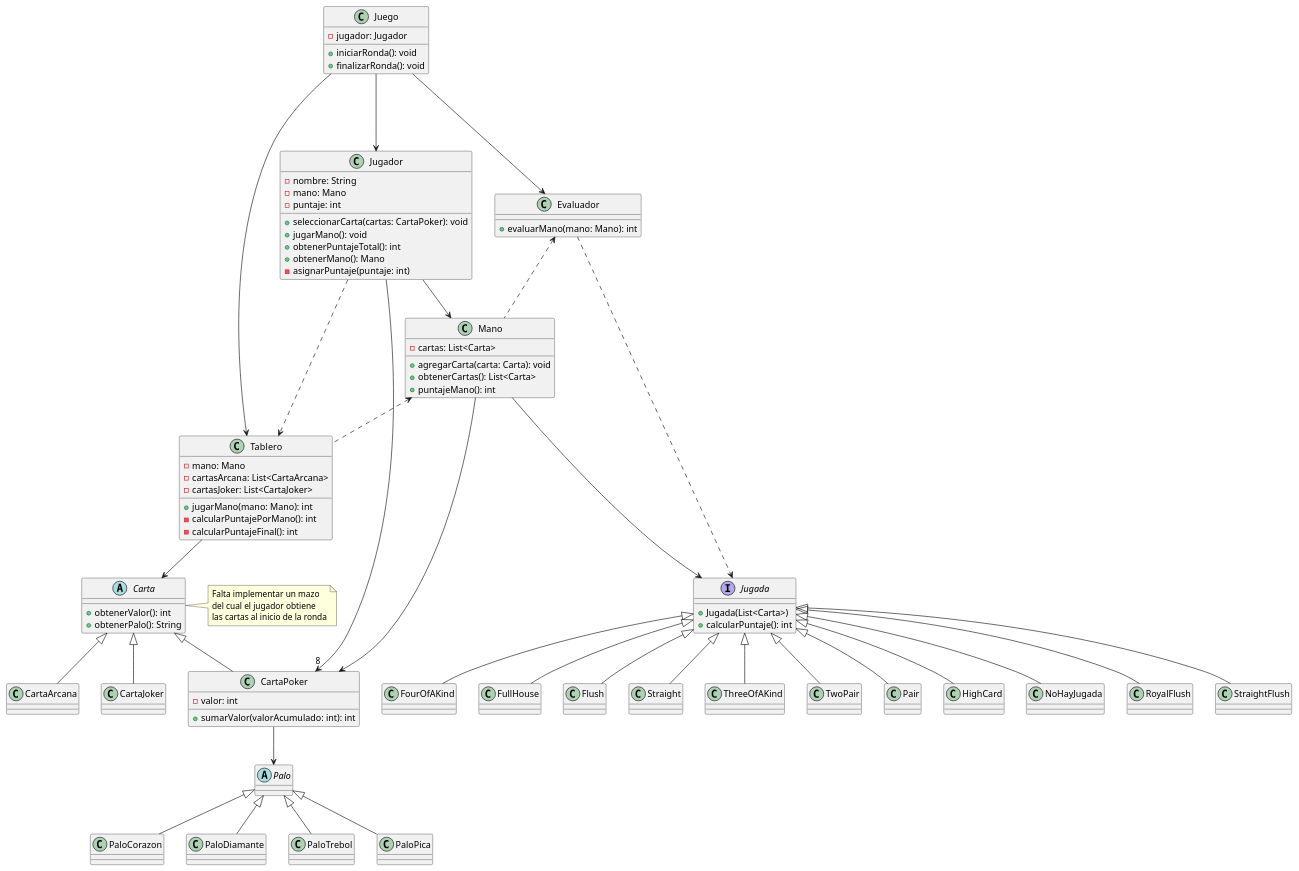
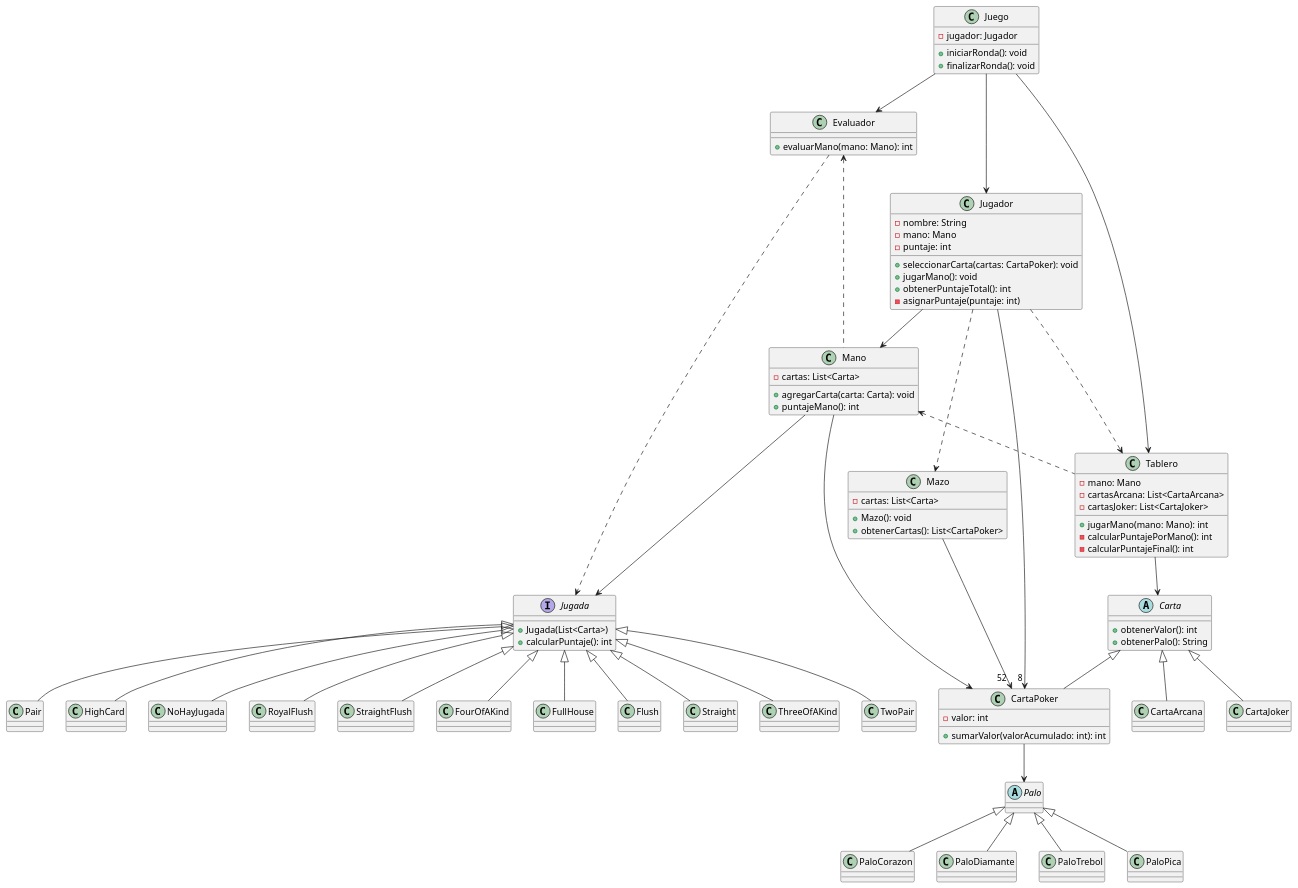
Before and after one commit to Cbonchan/Balatro: the diagram in diagrams/classes/Juego.puml, drawn with PlantUML. The commit also changed 1 other file, not shown here.

Commit message:
mazo en diagrama

```diff
--- a/diagrams/classes/Juego.puml
+++ b/diagrams/classes/Juego.puml
@@ -1,132 +1,140 @@
 @startuml
 class Juego {
     - jugador: Jugador
     + iniciarRonda(): void
     + finalizarRonda(): void
 }
 
 class Jugador {
     - nombre: String
     - mano: Mano
     - puntaje: int
 
     +seleccionarCarta(cartas: CartaPoker): void
     +jugarMano(): void
     + obtenerPuntajeTotal(): int
+/'
     + obtenerMano(): Mano
+'/
     - asignarPuntaje(puntaje: int)
 
 }
 
 class Mano {
     - cartas: List<Carta>
     + agregarCarta(carta: Carta): void
-    + obtenerCartas(): List<Carta>
     + puntajeMano(): int
 }
 
 abstract class Carta {
 
     + obtenerValor(): int
     + obtenerPalo(): String
 }
 
 class CartaPoker extends Carta{
     - valor: int
     +sumarValor(valorAcumulado: int): int
 }
 
 class CartaArcana extends Carta{
 }
 
 class CartaJoker extends Carta{
 }
 
 class Evaluador {
     + evaluarMano(mano: Mano): int
 }
 
 interface Jugada{
     +Jugada(List<Carta>)
     +calcularPuntaje(): int
 }
 
 class NoHayJugada extends Jugada{
 }
 
 class RoyalFlush extends Jugada{
 }
 
 class StraightFlush extends Jugada{
 }
 
 class FourOfAKind extends Jugada{
 }
 
 class FullHouse extends Jugada{
 }
 
 class Flush extends Jugada{
 }
 
 class Straight extends Jugada{
 }
 
 class ThreeOfAKind extends Jugada{
 }
 
 class TwoPair extends Jugada{
 }
 
 class Pair extends Jugada{
 }
 
 class HighCard extends Jugada{
 }
 
 
 abstract class Palo{
 }
 
 class PaloCorazon extends Palo{
 }
 
 class PaloDiamante extends Palo{
 }
 
 class PaloTrebol extends Palo{
 }
 
 class PaloPica extends Palo{
 }
 
+class Mazo{
+    - cartas: List<Carta>
+    +Mazo(): void
+    +obtenerCartas(): List<CartaPoker>
+}
+
 class Tablero {
     - mano: Mano
     - cartasArcana: List<CartaArcana>
     - cartasJoker: List<CartaJoker>
     + jugarMano(mano: Mano): int
     - calcularPuntajePorMano(): int
     - calcularPuntajeFinal(): int
 }
 
-note right of Carta
+/'note right of Carta
     Falta implementar un mazo
     del cual el jugador obtiene
     las cartas al inicio de la ronda
-end note
+end note'/
 Jugador --> "8 " CartaPoker
 Evaluador ..> Jugada
 Juego ---> Jugador
 Jugador --> Mano
 Mano --> CartaPoker
 Juego --> Evaluador
-Evaluador <.. Mano
+Evaluador <... Mano
 Tablero --> Carta
 Mano <.. Tablero
 Jugador ..> Tablero
 Mano ---> Jugada
 Juego --> Tablero
-
+Jugador ..> Mazo
+Mazo --> "52 " CartaPoker
 CartaPoker --> Palo
 
 @enduml
```
